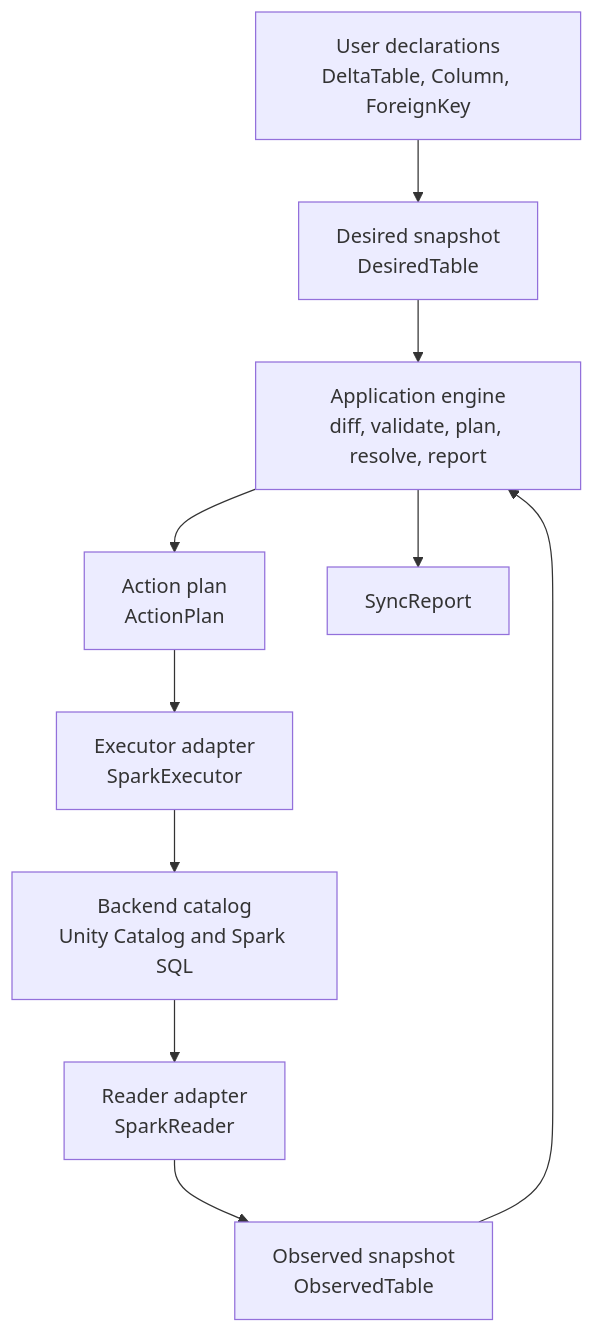
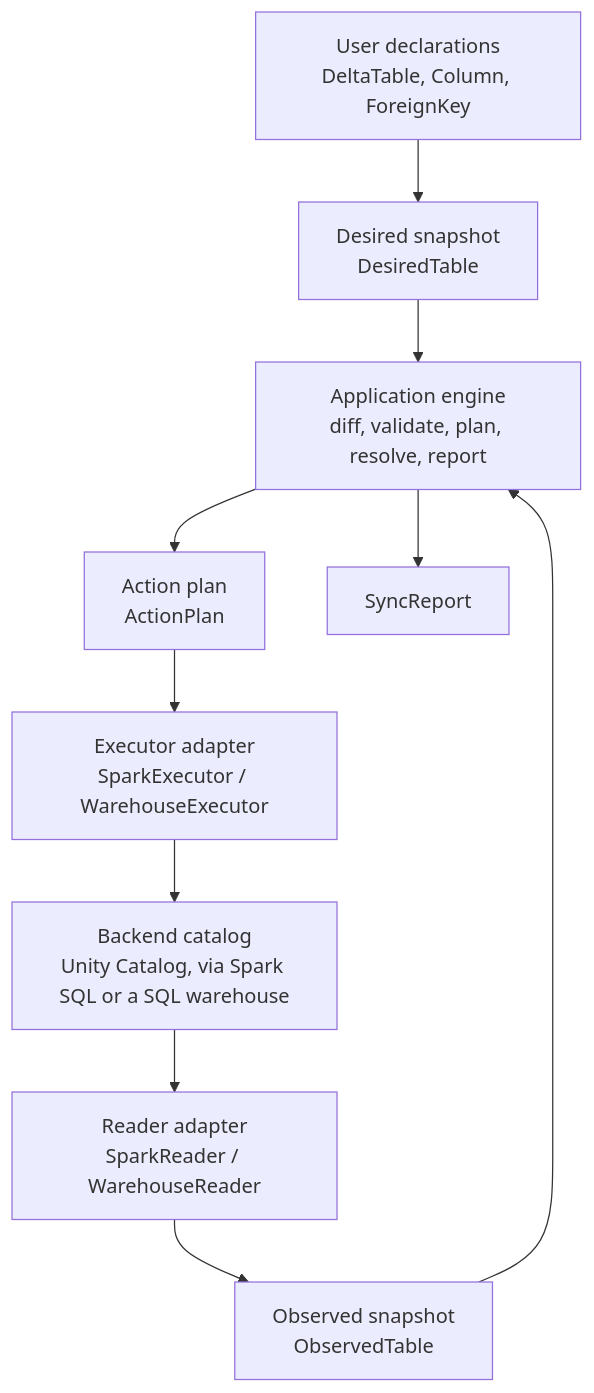
Before and after one commit to Tomoscorbin/delta-engine: the first of 5 diagrams in docs/explanation-architecture.md, drawn with Mermaid. The commit also changed other lines of this file and 3 other files, not shown here.

First line of the commit message:
docs: sweep one-backend staleness after the warehouse backend

````diff
--- a/docs/explanation-architecture.md
+++ b/docs/explanation-architecture.md
@@ -32,22 +32,22 @@
 ```mermaid
 flowchart TB
     User[User declarations<br/>DeltaTable, Column, ForeignKey]
     Desired[Desired snapshot<br/>DesiredTable]
-    Reader[Reader adapter<br/>SparkReader]
+    Reader[Reader adapter<br/>SparkReader / WarehouseReader]
     Observed[Observed snapshot<br/>ObservedTable]
     Engine[Application engine<br/>diff, validate, plan, resolve, report]
     Plan[Action plan<br/>ActionPlan]
-    Executor[Executor adapter<br/>SparkExecutor]
-    Backend[Backend catalog<br/>Unity Catalog and Spark SQL]
+    Executor[Executor adapter<br/>SparkExecutor / WarehouseExecutor]
+    Backend[Backend catalog<br/>Unity Catalog, via Spark SQL or a SQL warehouse]
     Report[SyncReport]
 
     User --> Desired
     Backend --> Reader
     Reader --> Observed
     Desired --> Engine
     Observed --> Engine
     Engine --> Plan
     Plan --> Executor
     Executor --> Backend
     Engine --> Report
 ```
````
